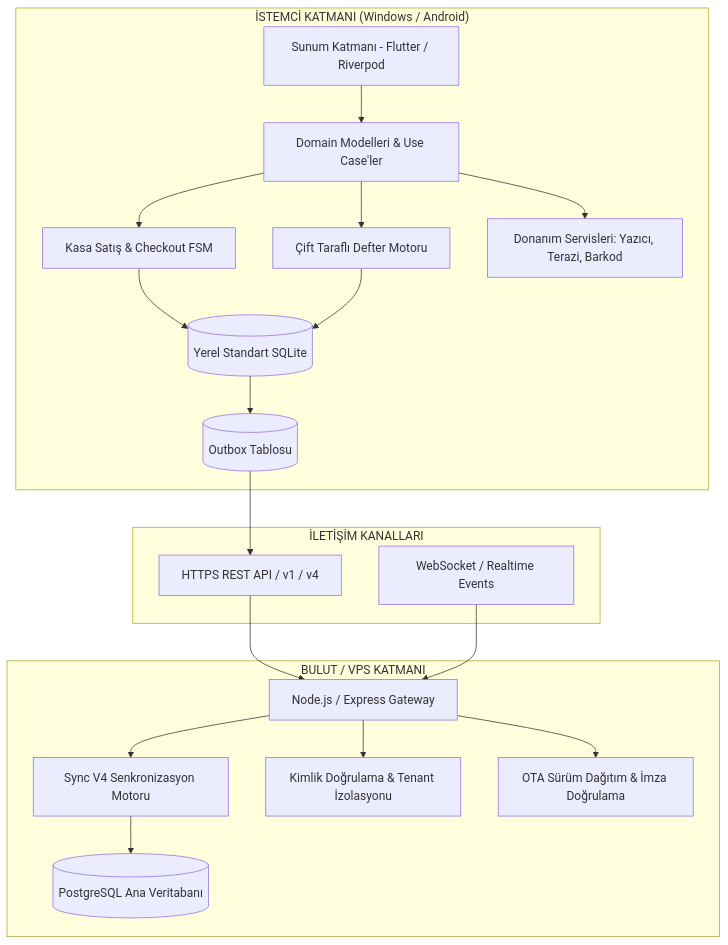
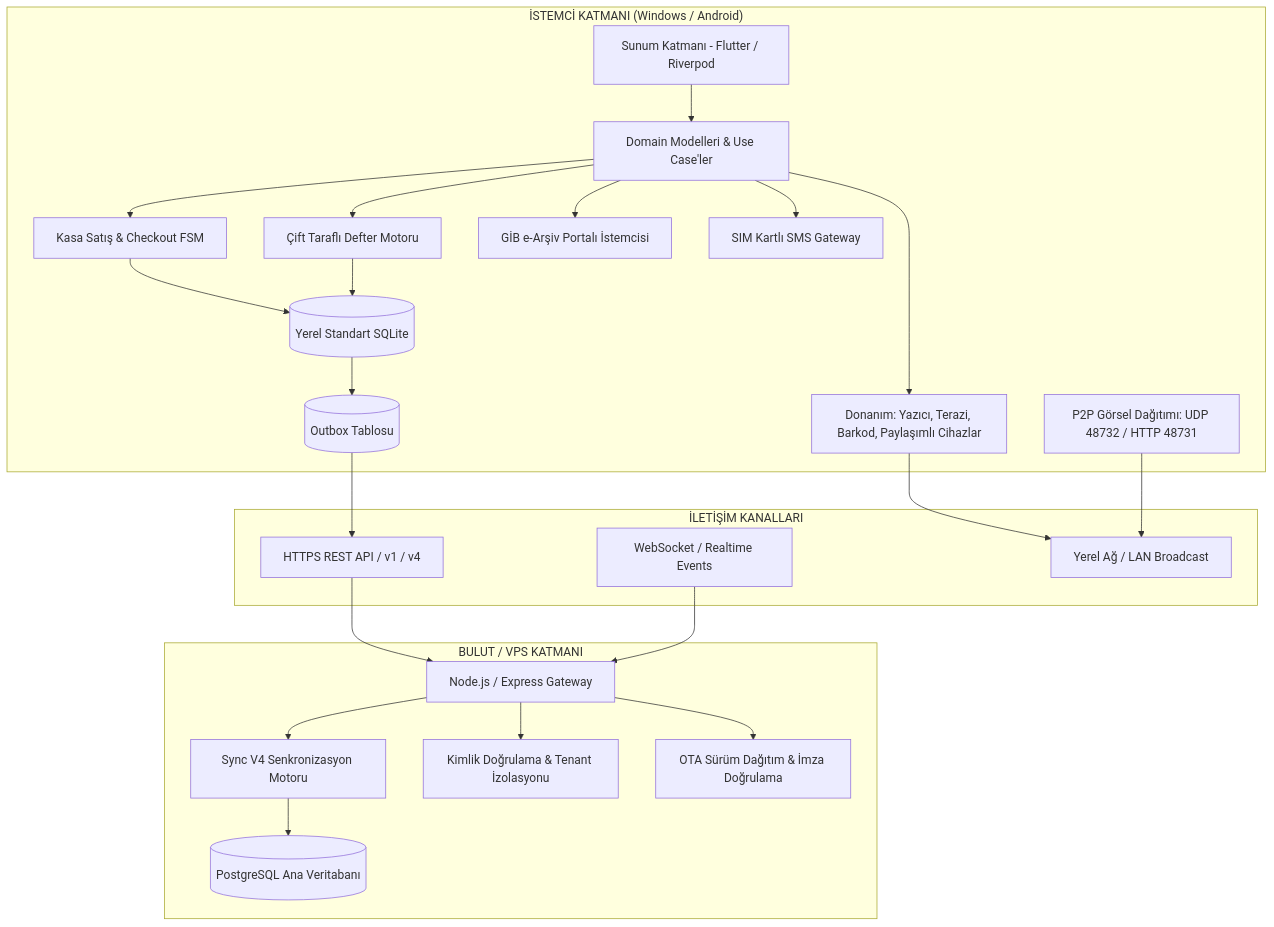
The first of 9 diagrams in docs/SERENUT_OS_MASTER_OPERATING_MANUAL.md (mhmtgwn/serenut), drawn with Mermaid before and after one commit. The commit also changed other lines of this file, not shown here.

Commit message:
docs: expand master operating manual to v2.0 with GIB e-archive, LAN P2P, and SIM gateway

````diff
--- a/docs/SERENUT_OS_MASTER_OPERATING_MANUAL.md
+++ b/docs/SERENUT_OS_MASTER_OPERATING_MANUAL.md
@@ -28,40 +32,48 @@
 ```mermaid
 graph TD
     subgraph "İSTEMCİ KATMANI (Windows / Android)"
         UI[Sunum Katmanı - Flutter / Riverpod]
         Domain[Domain Modelleri & Use Case'ler]
         SalesEngine[Kasa Satış & Checkout FSM]
         Ledger[Çift Taraflı Defter Motoru]
-        HW[Donanım Servisleri: Yazıcı, Terazi, Barkod]
+        HW[Donanım: Yazıcı, Terazi, Barkod, Paylaşımlı Cihazlar]
+        P2P[P2P Görsel Dağıtımı: UDP 48732 / HTTP 48731]
+        GIB[GİB e-Arşiv Portalı İstemcisi]
+        SMS[SIM Kartlı SMS Gateway]
         SQLite[(Yerel Standart SQLite)]
         Outbox[(Outbox Tablosu)]
     end
 
     subgraph "İLETİŞİM KANALLARI"
         HTTPS[HTTPS REST API / v1 / v4]
         WSS[WebSocket / Realtime Events]
+        LAN[Yerel Ağ / LAN Broadcast]
     end
 
     subgraph "BULUT / VPS KATMANI"
         Gateway[Node.js / Express Gateway]
         SyncV4[Sync V4 Senkronizasyon Motoru]
         AuthSvc[Kimlik Doğrulama & Tenant İzolasyonu]
         OTA[OTA Sürüm Dağıtım & İmza Doğrulama]
         Postgres[(PostgreSQL Ana Veritabanı)]
     end
 
     UI --> Domain
     Domain --> SalesEngine
     Domain --> Ledger
     Domain --> HW
+    Domain --> GIB
+    Domain --> SMS
+    HW --> LAN
+    P2P --> LAN
     SalesEngine --> SQLite
     Ledger --> SQLite
     SQLite --> Outbox
     Outbox --> HTTPS
     HTTPS --> Gateway
     WSS --> Gateway
     Gateway --> SyncV4
     Gateway --> AuthSvc
     Gateway --> OTA
     SyncV4 --> Postgres
 ```
````
